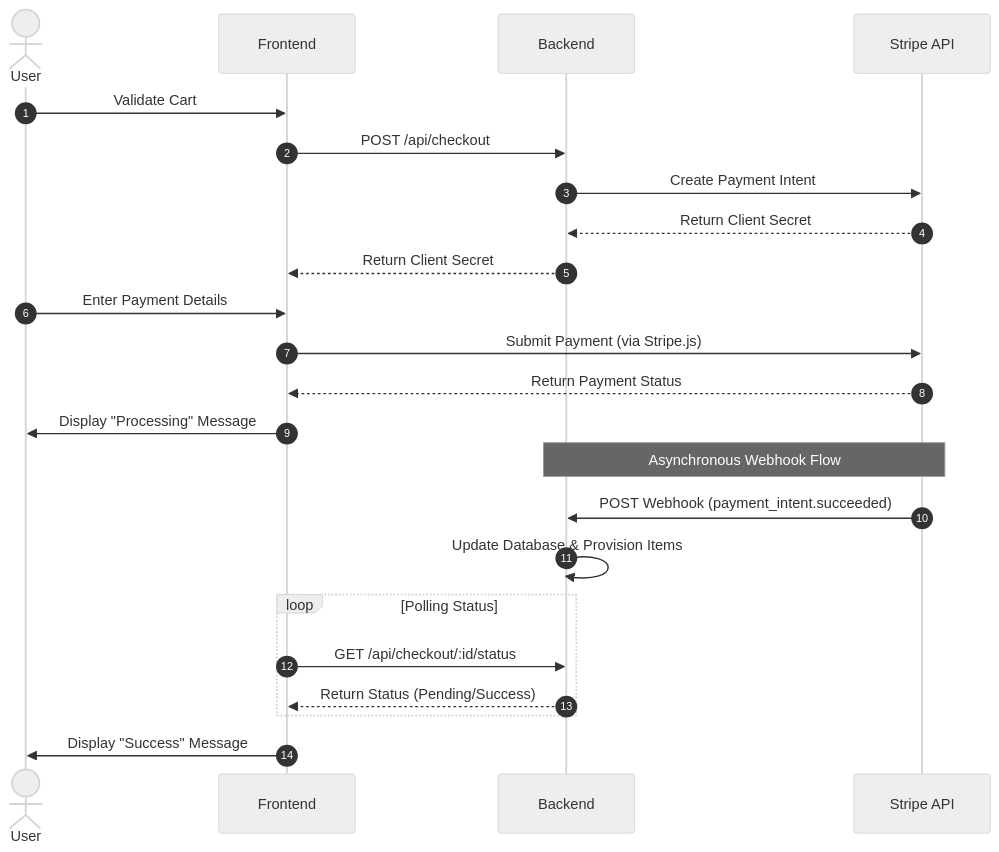
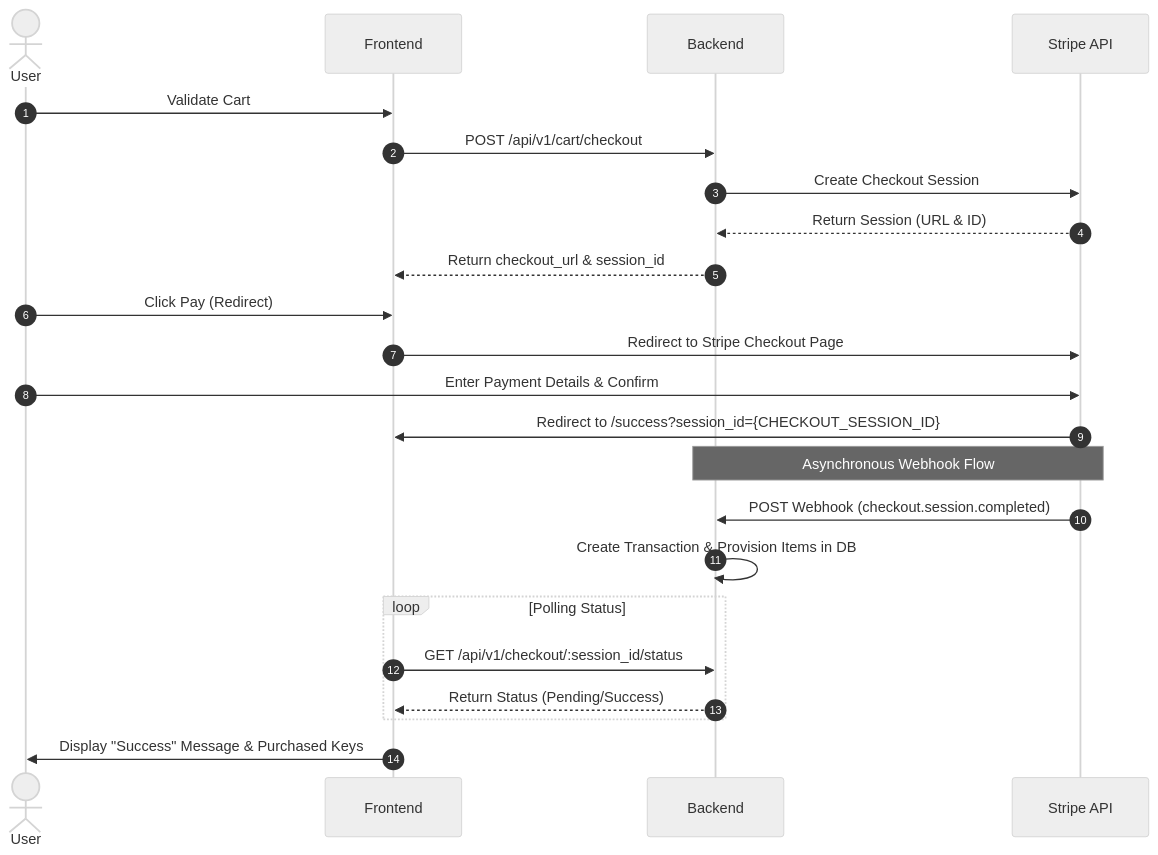
One commit to ylabate/Portfolio-Project changed the sixth of 6 diagrams in docs/Technical Documentation(Stage 3).md. Above: the diagram before and after it, drawn with Mermaid (neutral theme). The commit also changed other lines of this file and 2 other files, not shown here.

First line of the commit message:
feat: add GET /checkout/:session_id/status endpoint and update doc

````diff
--- a/docs/Technical Documentation(Stage 3).md
+++ b/docs/Technical Documentation(Stage 3).md
@@ -277,30 +277,30 @@
 ```mermaid
 sequenceDiagram
     autonumber
     actor User
     participant Frontend
     participant Backend
     participant Stripe API
 
     User->>Frontend: Validate Cart
-    Frontend->>Backend: POST /api/checkout
-    Backend->>Stripe API: Create Payment Intent
-    Stripe API-->>Backend: Return Client Secret
-    Backend-->>Frontend: Return Client Secret
+    Frontend->>Backend: POST /api/v1/cart/checkout
+    Backend->>Stripe API: Create Checkout Session
+    Stripe API-->>Backend: Return Session (URL & ID)
+    Backend-->>Frontend: Return checkout_url & session_id
 
-    User->>Frontend: Enter Payment Details
-    Frontend->>Stripe API: Submit Payment (via Stripe.js)
-    Stripe API-->>Frontend: Return Payment Status
-    Frontend->>User: Display "Processing" Message
+    User->>Frontend: Click Pay (Redirect)
+    Frontend->>Stripe API: Redirect to Stripe Checkout Page
+    User->>Stripe API: Enter Payment Details & Confirm
+    Stripe API->>Frontend: Redirect to /success?session_id={CHECKOUT_SESSION_ID}
 
     note over Stripe API, Backend: Asynchronous Webhook Flow
-    Stripe API->>Backend: POST Webhook (payment_intent.succeeded)
-    Backend->>Backend: Update Database & Provision Items
+    Stripe API->>Backend: POST Webhook (checkout.session.completed)
+    Backend->>Backend: Create Transaction & Provision Items in DB
 
     loop Polling Status
-        Frontend->>Backend: GET /api/checkout/:id/status
+        Frontend->>Backend: GET /api/v1/checkout/:session_id/status
         Backend-->>Frontend: Return Status (Pending/Success)
     end
 
-    Frontend->>User: Display "Success" Message
+    Frontend->>User: Display "Success" Message & Purchased Keys
 ```
````
